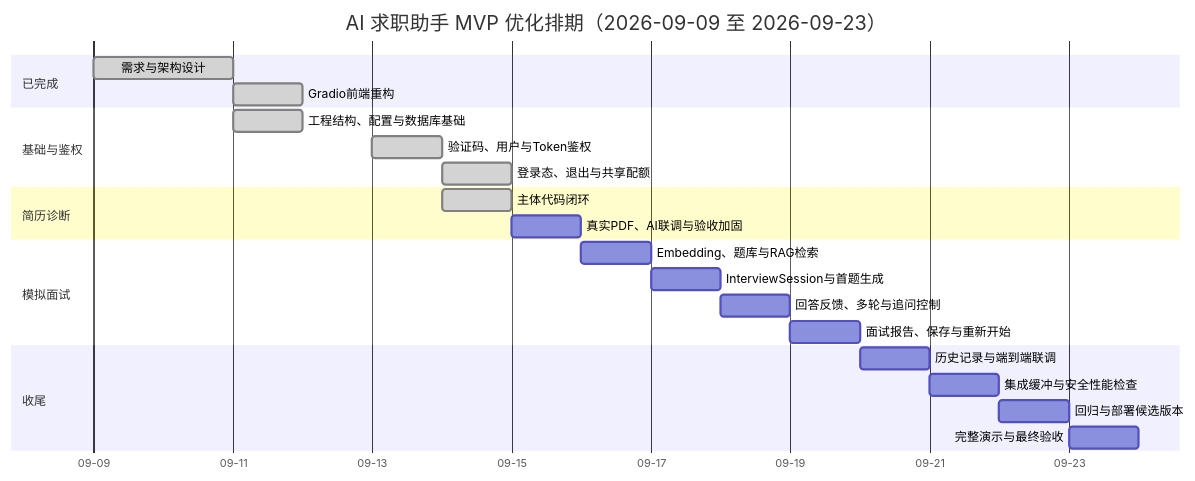
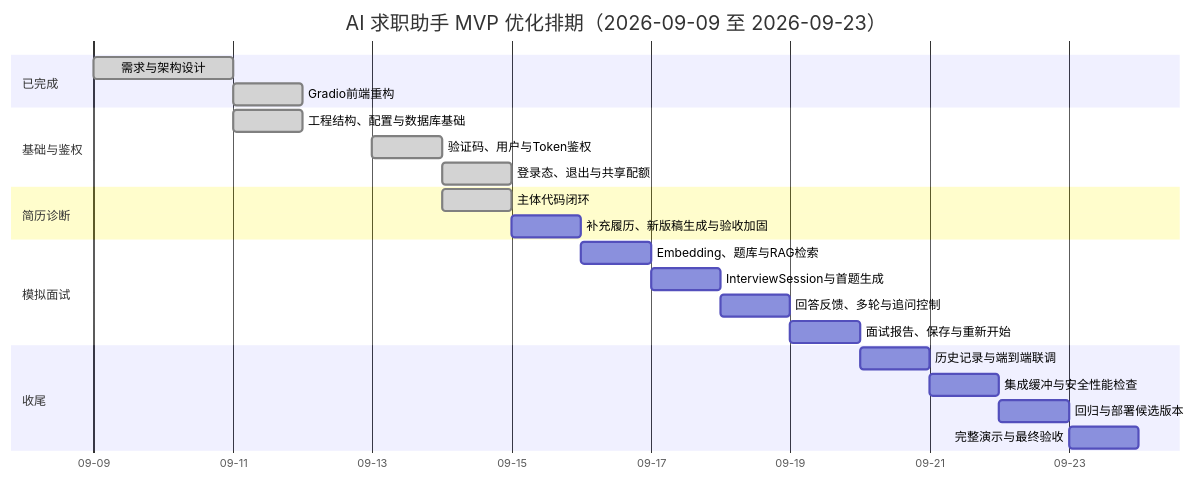
The first of 2 diagrams in 项目排期.md (WwwwwHM/PBL_jobs-finder), drawn with Mermaid before and after one commit. The commit also changed other lines of this file and 13 other files, not shown here.

First line of the commit message:
feat: 增强简历诊断与图片型 PDF 识别

````diff
--- a/项目排期.md
+++ b/项目排期.md
@@ -82,31 +83,31 @@
 ```mermaid
 gantt
     title AI 求职助手 MVP 优化排期（2026-09-09 至 2026-09-23）
     dateFormat YYYY-MM-DD
     axisFormat %m-%d
 
     section 已完成
     需求与架构设计                 :done, a1, 2026-09-09, 2d
     Gradio前端重构                 :done, a2, 2026-09-11, 1d
 
     section 基础与鉴权
     工程结构、配置与数据库基础      :done, b1, 2026-09-11, 1d
     验证码、用户与Token鉴权         :done, b2, 2026-09-13, 1d
     登录态、退出与共享配额          :done, b3, 2026-09-14, 1d
 
     section 简历诊断
     主体代码闭环                   :done, c0, 2026-09-14, 1d
-    真实PDF、AI联调与验收加固        :c1, 2026-09-15, 1d
+    补充履历、新版稿生成与验收加固    :c1, 2026-09-15, 1d
 
     section 模拟面试
     Embedding、题库与RAG检索        :d1, 2026-09-16, 1d
     InterviewSession与首题生成      :d2, 2026-09-17, 1d
     回答反馈、多轮与追问控制         :d3, 2026-09-18, 1d
     面试报告、保存与重新开始         :d4, 2026-09-19, 1d
 
     section 收尾
     历史记录与端到端联调             :e1, 2026-09-20, 1d
     集成缓冲与安全性能检查           :e2, 2026-09-21, 1d
     回归与部署候选版本               :e3, 2026-09-22, 1d
     完整演示与最终验收               :e4, 2026-09-23, 1d
 ```
````
